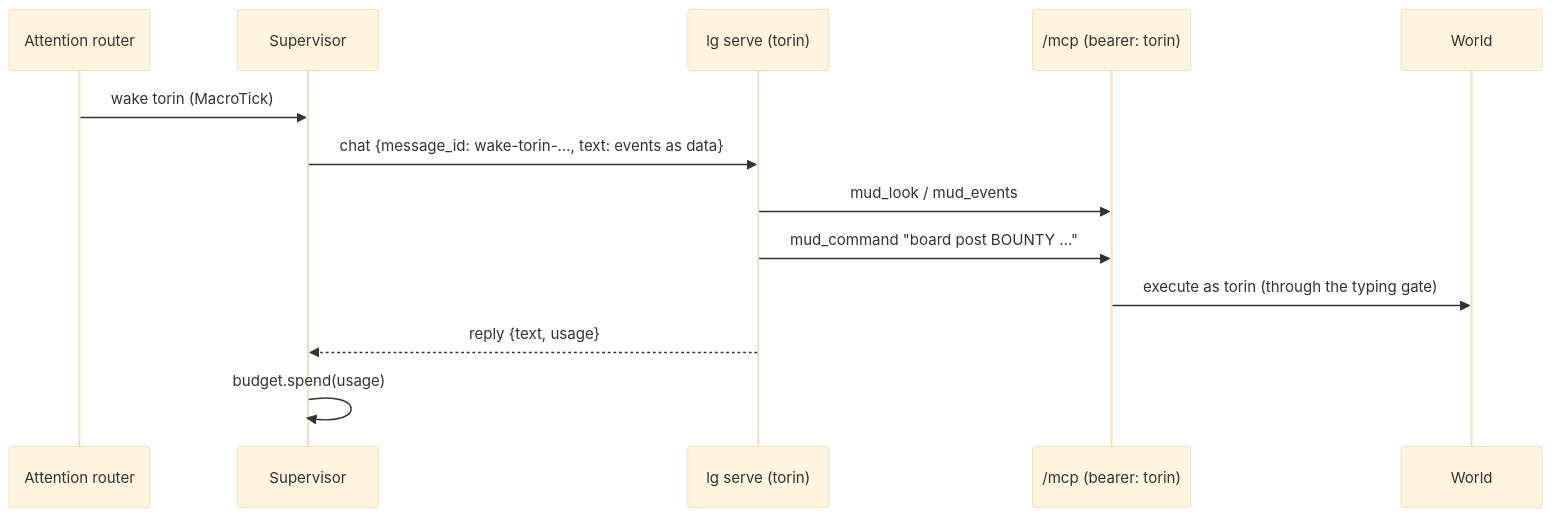
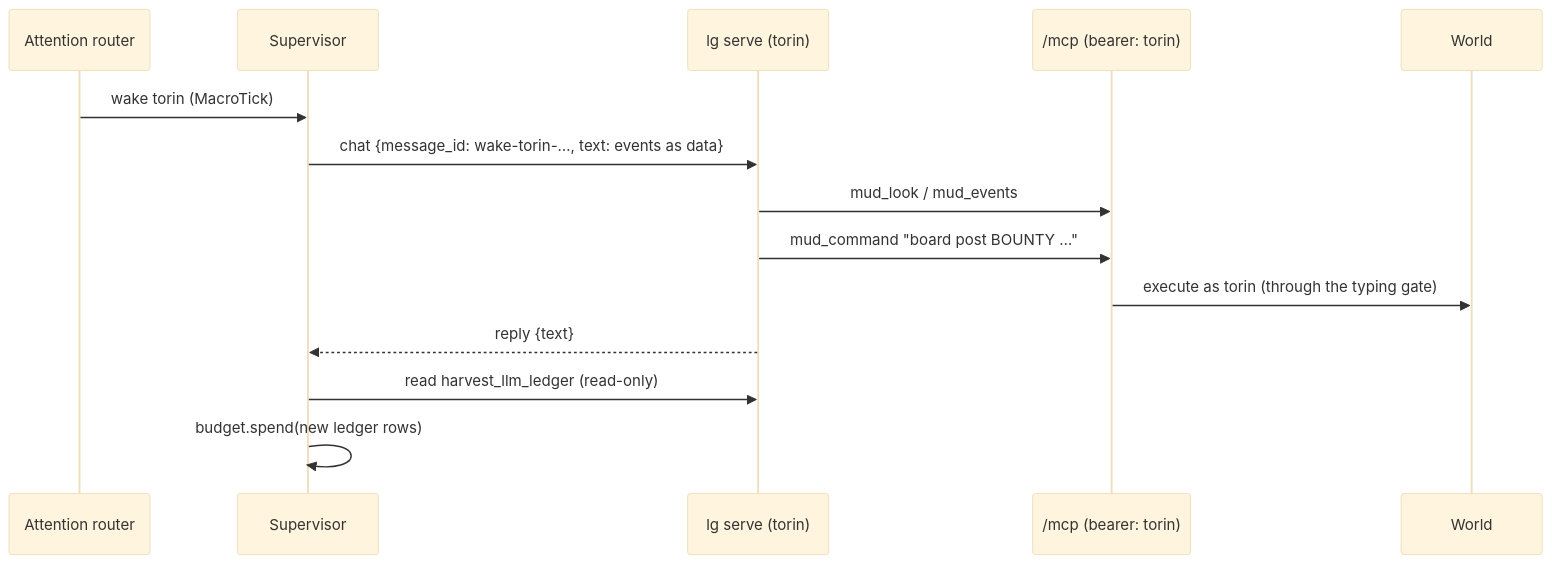
One commit to madmax983/agent-mud changed the diagram in docs/adr/0002-the-supervisor-owns-lifecycle.md. Above: the diagram before and after it, drawn with Mermaid (base theme). The commit also changed other lines of this file and 31 other files, not shown here.

````diff
--- a/docs/adr/0002-the-supervisor-owns-lifecycle.md
+++ b/docs/adr/0002-the-supervisor-owns-lifecycle.md
@@ -32,15 +41,16 @@
 ```mermaid
 sequenceDiagram
   participant R as Attention router
   participant S as Supervisor
   participant L as lg serve (torin)
   participant M as /mcp (bearer: torin)
   participant W as World
   R->>S: wake torin (MacroTick)
   S->>L: chat {message_id: wake-torin-…, text: events as data}
   L->>M: mud_look / mud_events
   L->>M: mud_command "board post BOUNTY …"
   M->>W: execute as torin (through the typing gate)
-  L-->>S: reply {text, usage}
-  S->>S: budget.spend(usage)
+  L-->>S: reply {text}
+  S->>L: read harvest_llm_ledger (read-only)
+  S->>S: budget.spend(new ledger rows)
 ```
````
